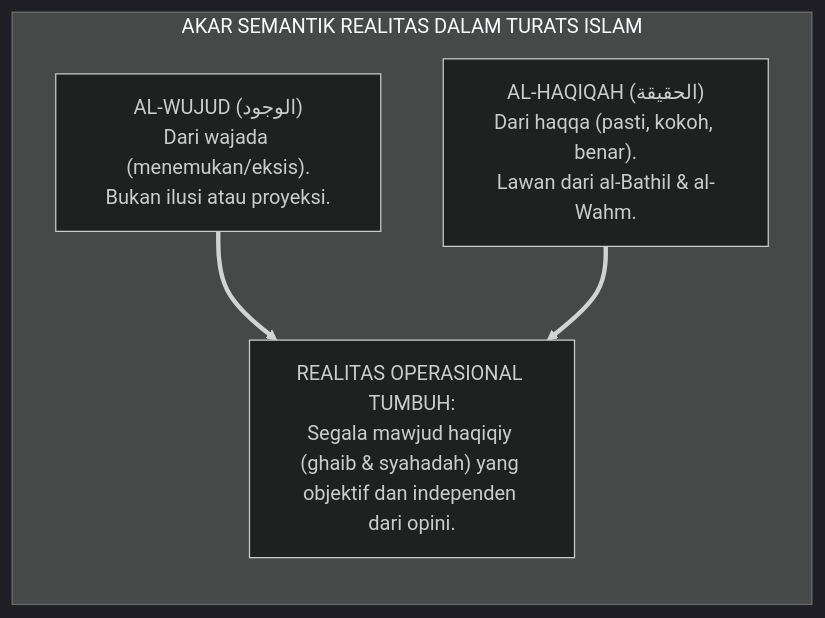
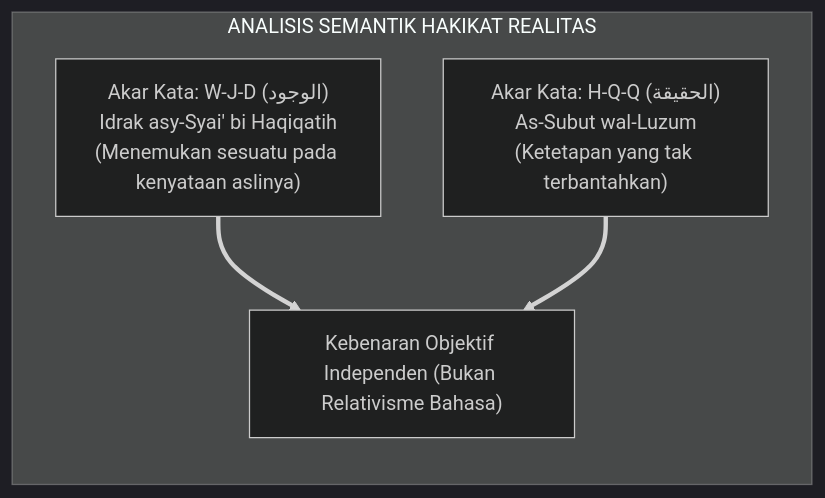
One commit to wandiapriliyandi/tumbuh changed the fourth of 7 diagrams in 01 Philosophy/01 Worldview/P1-01-01-01-Kajian-Dialektika-Inkuiri-dan-Tanya-Jawab-Realitas.md. Above: the diagram before and after it, drawn with Mermaid (dark theme). The commit also changed other lines of this file, not shown here.

````diff
--- a/01 Philosophy/01 Worldview/P1-01-01-01-Kajian-Dialektika-Inkuiri-dan-Tanya-Jawab-Realitas.md
+++ b/01 Philosophy/01 Worldview/P1-01-01-01-Kajian-Dialektika-Inkuiri-dan-Tanya-Jawab-Realitas.md
@@ -114,9 +129,9 @@
 ```mermaid
 graph LR
-    subgraph AnalisisLinguistik["AKAR SEMANTIK REALITAS DALAM TURATS ISLAM"]
-        Wujud["AL-WUJUD (الوجود)<br/>Dari wajada (menemukan/eksis).<br/>Bukan ilusi atau proyeksi."]
-        Haqq["AL-HAQIQAH (الحقيقة)<br/>Dari haqqa (pasti, kokoh, benar).<br/>Lawan dari al-Bathil & al-Wahm."]
+    subgraph SemantikWujud["ANALISIS SEMANTIK HAKIKAT REALITAS"]
+        L["Akar Kata: W-J-D (الوجود)<br/>Idrak asy-Syai' bi Haqiqatih<br/>(Menemukan sesuatu pada kenyataan aslinya)"]
+        H["Akar Kata: H-Q-Q (الحقيقة)<br/>As-Subut wal-Luzum<br/>(Ketetapan yang tak terbantahkan)"]
         
-        Wujud & Haqq ==> Def["REALITAS OPERASIONAL TUMBUH:<br/>Segala mawjud haqiqiy (ghaib & syahadah) yang objektif dan independen dari opini."]
+        L & H ==> Obj["Kebenaran Objektif Independen (Bukan Relativisme Bahasa)"]
     end
 ```
````
